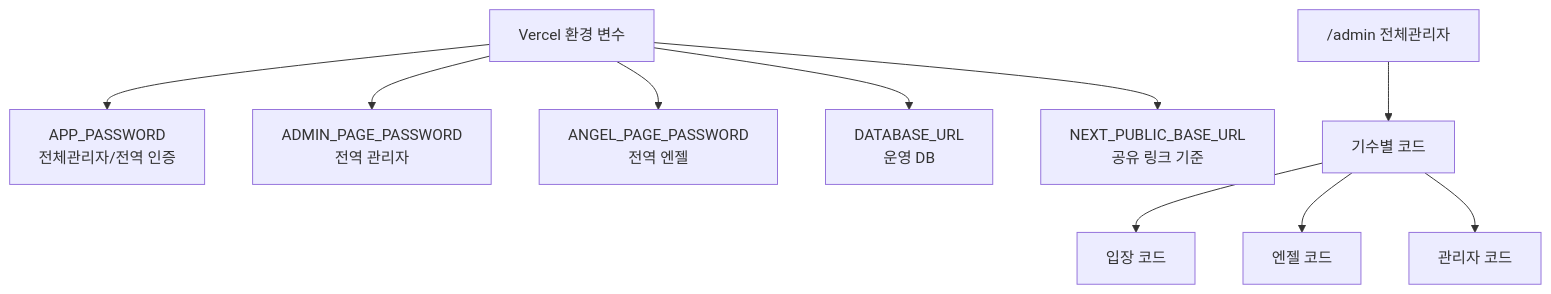
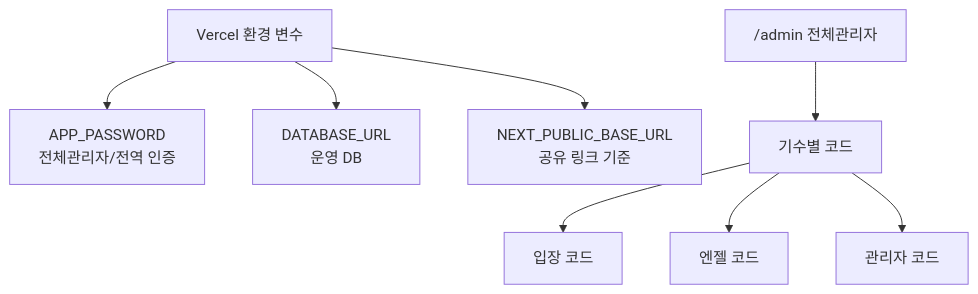
Before and after one commit to JeonJe/study-management: the first of 2 diagrams in docs/operations-setup-guide.md, drawn with Mermaid. The commit also changed other lines of this file and 8 other files, not shown here.

````diff
--- a/docs/operations-setup-guide.md
+++ b/docs/operations-setup-guide.md
@@ -23,13 +21,11 @@
 ```mermaid
 flowchart TB
   Env["Vercel 환경 변수"] --> AppPassword["APP_PASSWORD<br/>전체관리자/전역 인증"]
-  Env --> AdminPassword["ADMIN_PAGE_PASSWORD<br/>전역 관리자"]
-  Env --> AngelPassword["ANGEL_PAGE_PASSWORD<br/>전역 엔젤"]
   Env --> DatabaseUrl["DATABASE_URL<br/>운영 DB"]
   Env --> BaseUrl["NEXT_PUBLIC_BASE_URL<br/>공유 링크 기준"]
 
   GlobalAdmin["/admin 전체관리자"] --> UnitCodes["기수별 코드"]
   UnitCodes --> Access["입장 코드"]
   UnitCodes --> Angel["엔젤 코드"]
   UnitCodes --> Admin["관리자 코드"]
 ```
````
